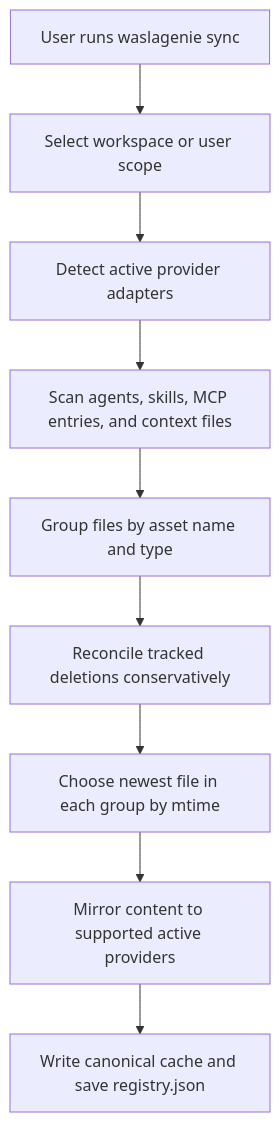
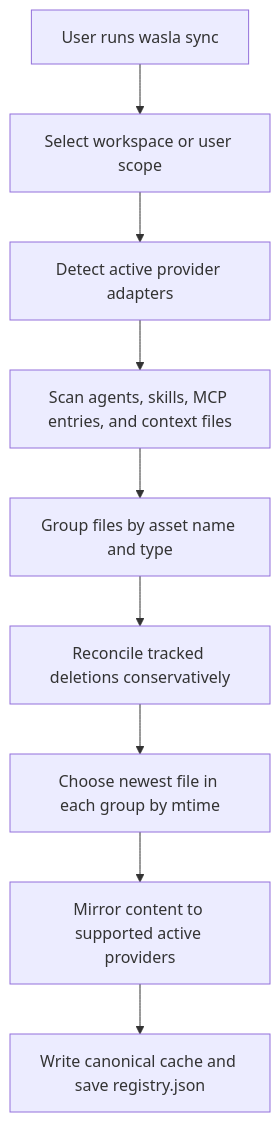
The first of 2 diagrams in docs/docs/architecture/synchronization-flow.md (The-Untitled-Org/wasla), drawn with Mermaid before and after one commit. The commit also changed other lines of this file and 76 other files, not shown here.

````diff
--- a/docs/docs/architecture/synchronization-flow.md
+++ b/docs/docs/architecture/synchronization-flow.md
@@ -11,14 +11,14 @@
 ```mermaid
 flowchart TD
-    Start["User runs waslagenie sync"]
+    Start["User runs wasla sync"]
     Scope["Select workspace or user scope"]
     Detect["Detect active provider adapters"]
     Scan["Scan agents, skills, MCP entries, and context files"]
     Group["Group files by asset name and type"]
     Reconcile["Reconcile tracked deletions conservatively"]
     Select["Choose newest file in each group by mtime"]
     Mirror["Mirror content to supported active providers"]
     Save["Write canonical cache and save registry.json"]
 
     Start --> Scope --> Detect --> Scan --> Group --> Reconcile --> Select --> Mirror --> Save
 ```
````
